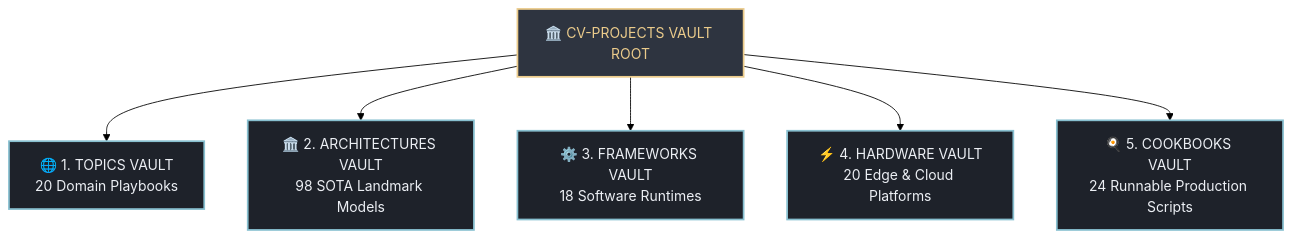
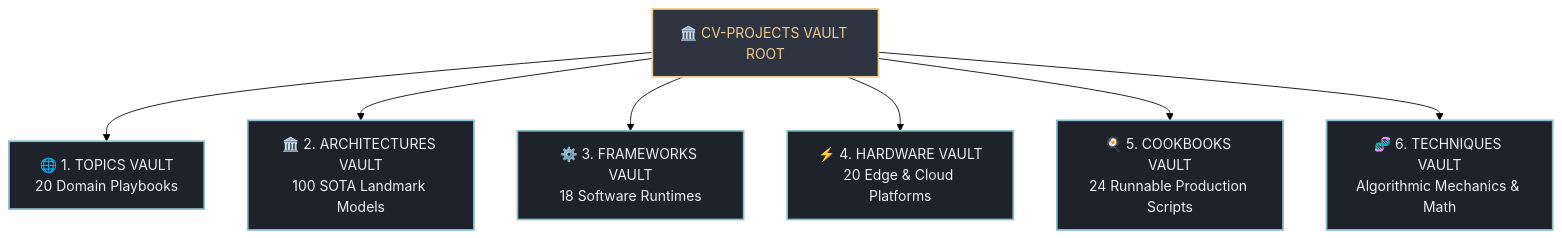
Before and after one commit to sergiomh499/cv-projects: the diagram in 00-INDEX.md, drawn with Mermaid (forest theme). The commit also changed other lines of this file and 8 other files, not shown here.

First line of the commit message:
feat(techniques): add dedicated Techniques & Algorithmic Mechanics Vault

````diff
--- a/00-INDEX.md
+++ b/00-INDEX.md
@@ -28,19 +28,21 @@
 ```mermaid
 flowchart TD
     classDef pillar fill:#1E222A,stroke:#88C0D0,stroke-width:2px,color:#ECEFF4;
     classDef hub fill:#2E3440,stroke:#EBCB8B,stroke-width:2px,color:#EBCB8B;
 
     Root["🏛️ CV-PROJECTS VAULT ROOT"]:::hub
 
     Root --> P1["🌐 1. TOPICS VAULT<br>20 Domain Playbooks"]:::pillar
-    Root --> P2["🏛️ 2. ARCHITECTURES VAULT<br>98 SOTA Landmark Models"]:::pillar
+    Root --> P2["🏛️ 2. ARCHITECTURES VAULT<br>100 SOTA Landmark Models"]:::pillar
     Root --> P3["⚙️ 3. FRAMEWORKS VAULT<br>18 Software Runtimes"]:::pillar
     Root --> P4["⚡ 4. HARDWARE VAULT<br>20 Edge & Cloud Platforms"]:::pillar
     Root --> P5["🍳 5. COOKBOOKS VAULT<br>24 Runnable Production Scripts"]:::pillar
+    Root --> P6["🧬 6. TECHNIQUES VAULT<br>Algorithmic Mechanics & Math"]:::pillar
 
     click P1 "topics/00-topics-moc" "Open Topics Vault MOC"
     click P2 "architectures/00-architectures-moc" "Open Architectures Vault MOC"
     click P3 "frameworks/00-frameworks-moc" "Open Frameworks Vault MOC"
     click P4 "hardware/00-hardware-moc" "Open Hardware Vault MOC"
     click P5 "cookbooks/00-cookbooks-moc" "Open Cookbooks Vault MOC"
+    click P6 "techniques/00-techniques-moc" "Open Techniques Vault MOC"
 ```
````
